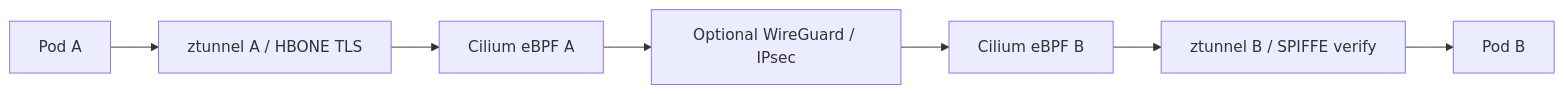
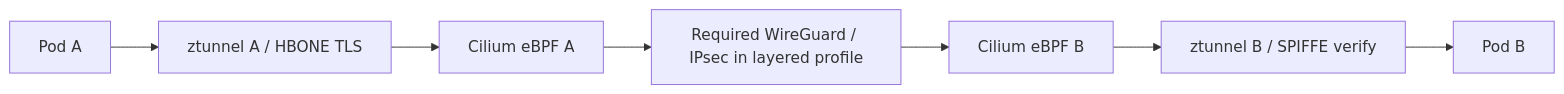
Before and after one commit to ephico2real2/clustermesh-trust-controller: the fourth of 4 diagrams in docs/architecture/END_TO_END_DESIGN.md, drawn with Mermaid. The commit also changed other lines of this file and 11 other files, not shown here.

````diff
--- a/docs/architecture/END_TO_END_DESIGN.md
+++ b/docs/architecture/END_TO_END_DESIGN.md
@@ -66,9 +68,9 @@
 ```mermaid
 flowchart LR
  A[Pod A] --> ZA[ztunnel A / HBONE TLS]
  ZA --> DA[Cilium eBPF A]
- DA --> N[Optional WireGuard / IPsec]
+ DA --> N[Required WireGuard / IPsec in layered profile]
  N --> DB[Cilium eBPF B]
  DB --> ZB[ztunnel B / SPIFFE verify]
  ZB --> B[Pod B]
 ```
````
